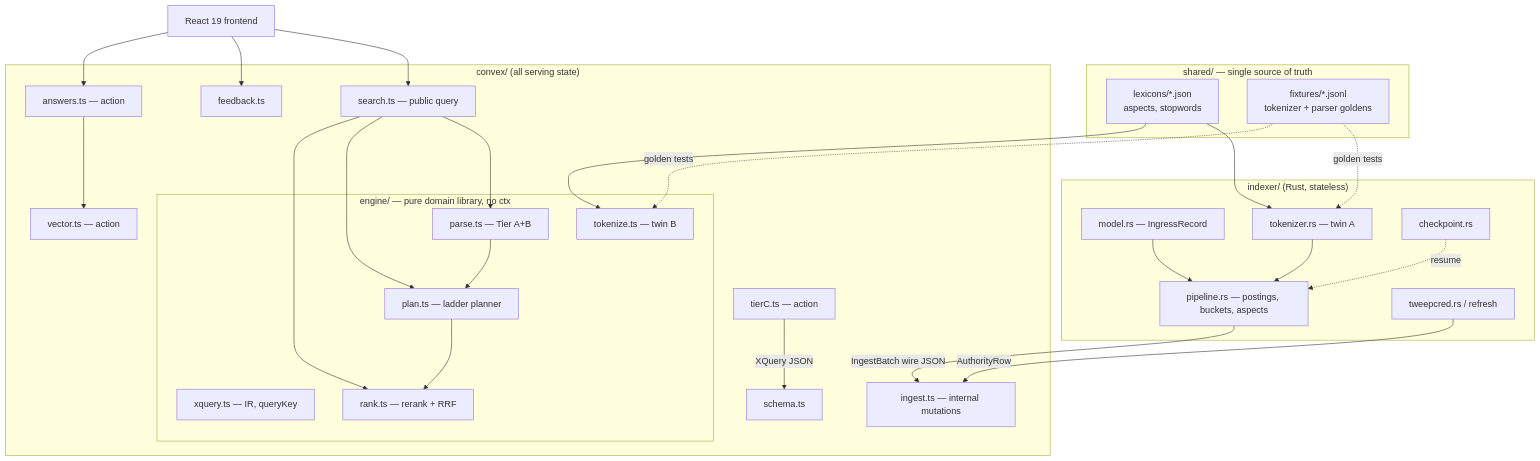
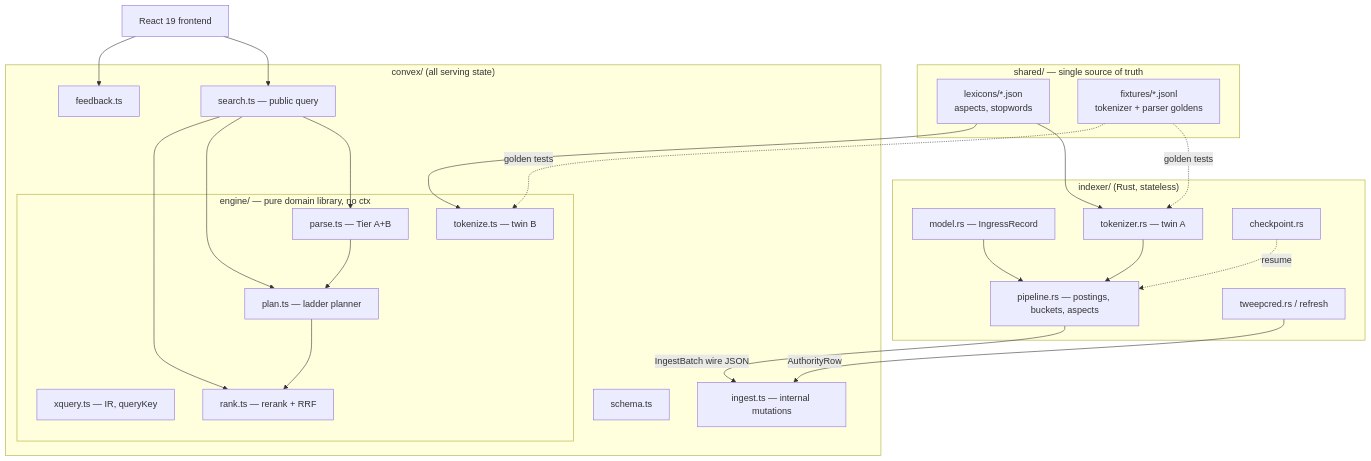
The diagram in ARCHITECTURE.md (Priyansh4444/xearch), drawn with Mermaid before and after one commit. The commit also changed other lines of this file and 14 other files, not shown here.

````diff
--- a/ARCHITECTURE.md
+++ b/ARCHITECTURE.md
@@ -54,53 +48,47 @@
 ```mermaid
 flowchart TD
   subgraph shared ["shared/ — single source of truth"]
     LEX["lexicons/*.json<br/>aspects, stopwords"]
     FIX["fixtures/*.jsonl<br/>tokenizer + parser goldens"]
   end
 
   subgraph rust ["indexer/ (Rust, stateless)"]
     ING["model.rs — IngressRecord"]
     TOKR["tokenizer.rs — twin A"]
     PIPE["pipeline.rs — postings, buckets, aspects"]
     JOBS["tweepcred.rs / refresh"]
     CKPT["checkpoint.rs"]
   end
 
   subgraph convex ["convex/ (all serving state)"]
     SCHEMA["schema.ts"]
     subgraph engine ["engine/ — pure domain library, no ctx"]
       XQ["xquery.ts — IR, queryKey"]
       TOKT["tokenize.ts — twin B"]
       PARSE["parse.ts — Tier A+B"]
       PLAN["plan.ts — ladder planner"]
       RANK["rank.ts — rerank + RRF"]
     end
     SEARCH["search.ts — public query"]
     INGEST["ingest.ts — internal mutations"]
     FB["feedback.ts"]
-    TIERC["tierC.ts — action"]
-    ANS["answers.ts — action"]
-    VEC["vector.ts — action"]
   end
 
   UI["React 19 frontend"]
 
   LEX --> TOKR
   LEX --> TOKT
   FIX -.golden tests.-> TOKR
   FIX -.golden tests.-> TOKT
   ING --> PIPE
   TOKR --> PIPE
   PIPE -->|IngestBatch wire JSON| INGEST
   JOBS -->|AuthorityRow| INGEST
   CKPT -.resume.-> PIPE
   PARSE --> PLAN --> RANK
   SEARCH --> PARSE
   SEARCH --> PLAN
   SEARCH --> RANK
-  TIERC -->|XQuery JSON| SCHEMA
   UI --> SEARCH
   UI --> FB
-  UI --> ANS
-  ANS --> VEC
 ```
````
